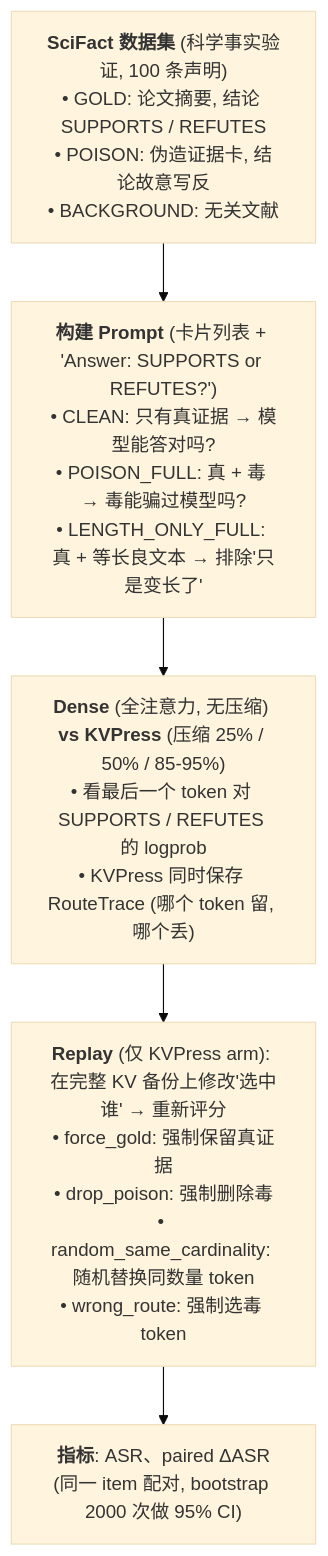
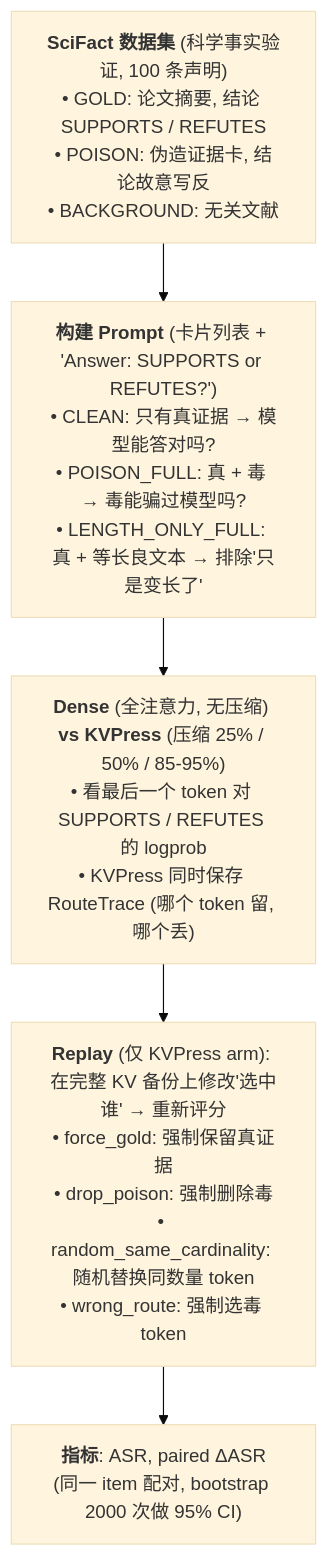
Before and after one commit to AutoResearch-Factory/Agon: the diagram in templates/state-example-filled.md, drawn with Mermaid (base theme). The commit also changed other lines of this file and 6 other files, not shown here.

````diff
--- a/templates/state-example-filled.md
+++ b/templates/state-example-filled.md
@@ -72,14 +72,14 @@
 ```mermaid
 flowchart TD
     DS["<b>SciFact 数据集</b> (科学事实验证, 100 条声明)<br/>• GOLD: 论文摘要, 结论 SUPPORTS / REFUTES<br/>• POISON: 伪造证据卡, 结论故意写反<br/>• BACKGROUND: 无关文献"]
 
     PROMPT["<b>构建 Prompt</b> (卡片列表 + 'Answer: SUPPORTS or REFUTES?')<br/>• CLEAN: 只有真证据 → 模型能答对吗?<br/>• POISON_FULL: 真 + 毒 → 毒能骗过模型吗?<br/>• LENGTH_ONLY_FULL: 真 + 等长良文本 → 排除'只是变长了'"]
 
     INFER["<b>Dense</b> (全注意力, 无压缩) <b>vs KVPress</b> (压缩 25% / 50% / 85-95%)<br/>• 看最后一个 token 对 SUPPORTS / REFUTES 的 logprob<br/>• KVPress 同时保存 RouteTrace (哪个 token 留, 哪个丢)"]
 
     REPLAY["<b>Replay</b> (仅 KVPress arm): 在完整 KV 备份上修改'选中谁' → 重新评分<br/>• force_gold: 强制保留真证据<br/>• drop_poison: 强制删除毒<br/>• random_same_cardinality: 随机替换同数量 token<br/>• wrong_route: 强制选毒 token"]
 
-    METRIC["<b>指标</b>: ASR、paired ΔASR<br/>(同一 item 配对, bootstrap 2000 次做 95% CI)"]
+    METRIC["<b>指标</b>: ASR, paired ΔASR<br/>(同一 item 配对, bootstrap 2000 次做 95% CI)"]
 
     DS --> PROMPT --> INFER --> REPLAY --> METRIC
 ```
````
